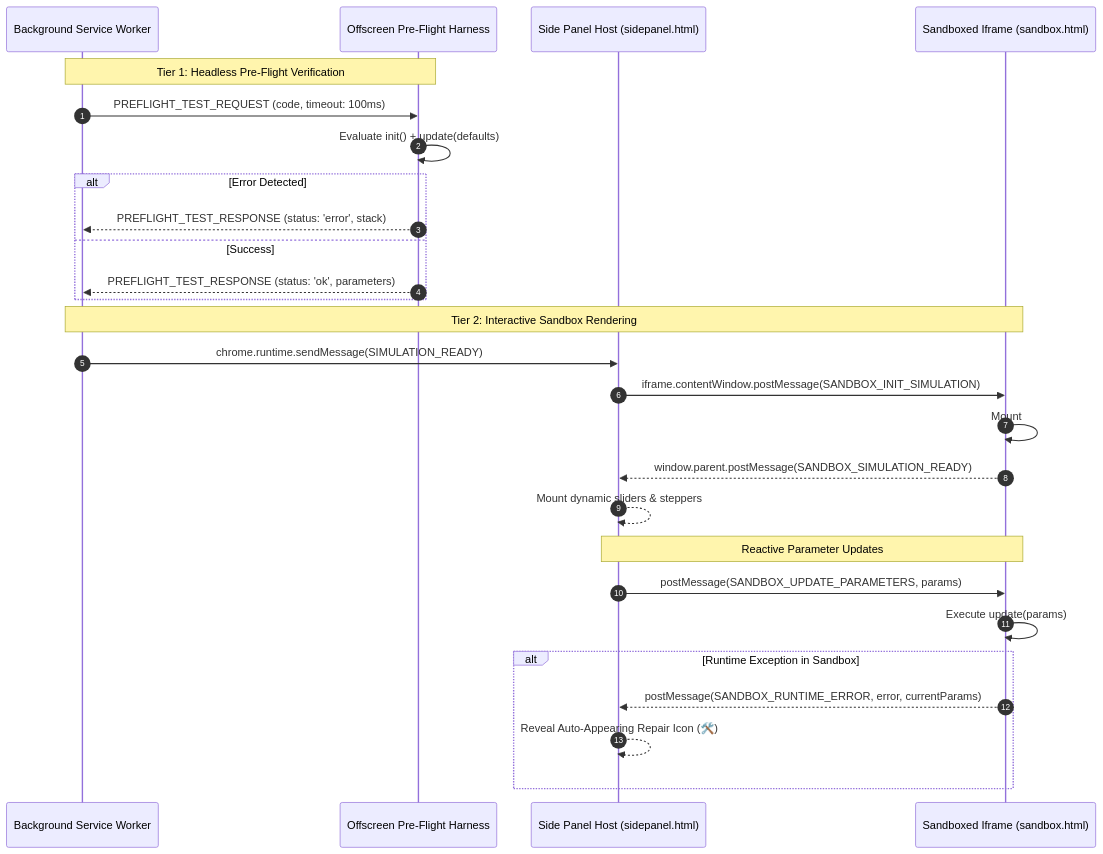
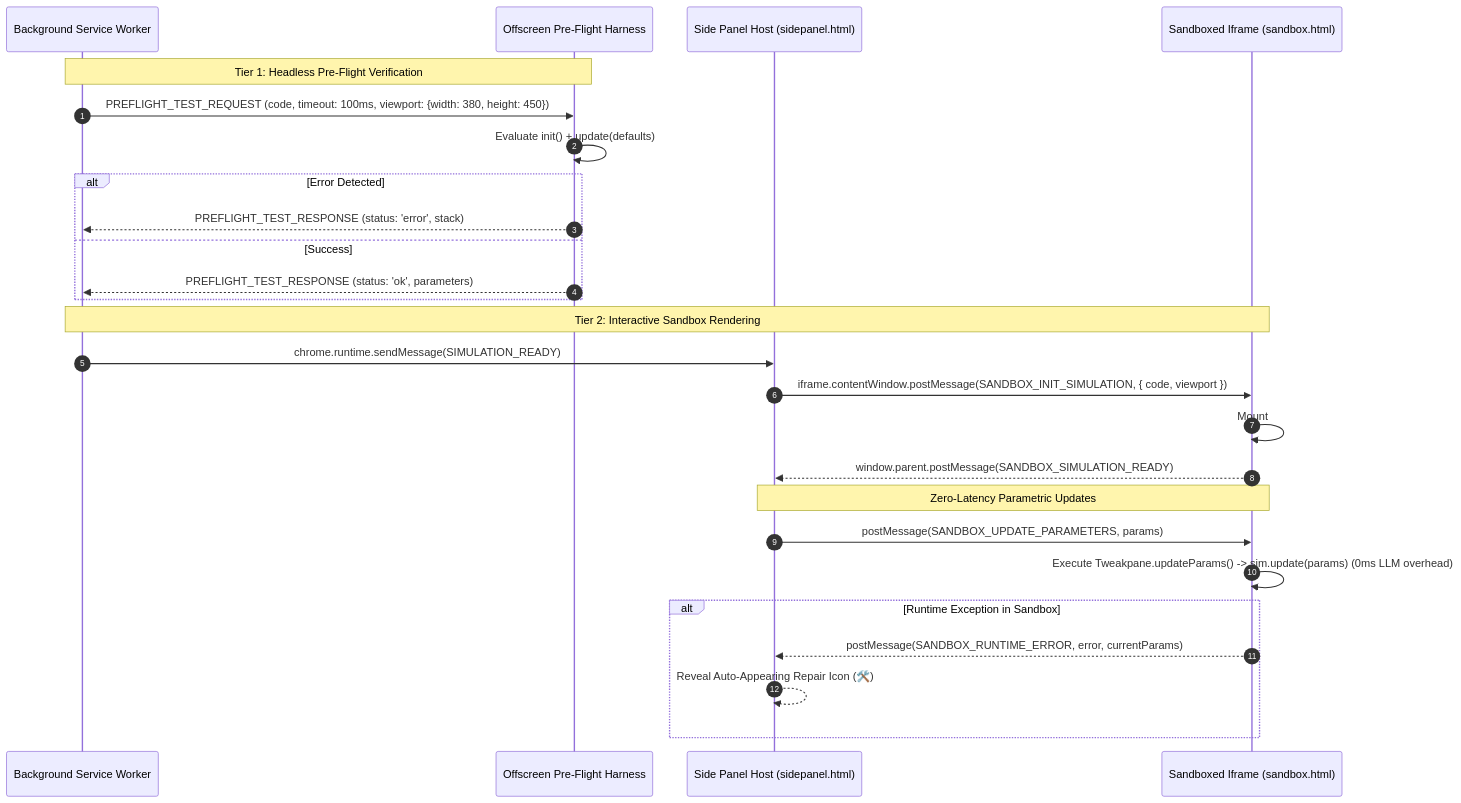
One commit to vmatrixdev/simit changed the diagram in docs/specs/sandbox_ipc.md. Above: the diagram before and after it, drawn with Mermaid. The commit also changed other lines of this file and 11 other files, not shown here.

Commit message:
docs & core: align specs with consolidated architecture and add dynamic viewport injection

````diff
--- a/docs/specs/sandbox_ipc.md
+++ b/docs/specs/sandbox_ipc.md
@@ -19,33 +19,32 @@
 ```mermaid
 sequenceDiagram
     autonumber
     participant SW as Background Service Worker
     participant Offscreen as Offscreen Pre-Flight Harness
     participant Host as Side Panel Host (sidepanel.html)
     participant Sandbox as Sandboxed Iframe (sandbox.html)
 
     Note over SW,Offscreen: Tier 1: Headless Pre-Flight Verification
-    SW->>Offscreen: PREFLIGHT_TEST_REQUEST (code, timeout: 100ms)
+    SW->>Offscreen: PREFLIGHT_TEST_REQUEST (code, timeout: 100ms, viewport: {width: 380, height: 450})
     Offscreen->>Offscreen: Evaluate init() + update(defaults)
     alt Error Detected
         Offscreen-->>SW: PREFLIGHT_TEST_RESPONSE (status: 'error', stack)
     else Success
         Offscreen-->>SW: PREFLIGHT_TEST_RESPONSE (status: 'ok', parameters)
     end
 
     Note over SW,Sandbox: Tier 2: Interactive Sandbox Rendering
     SW->>Host: chrome.runtime.sendMessage(SIMULATION_READY)
-    Host->>Sandbox: iframe.contentWindow.postMessage(SANDBOX_INIT_SIMULATION)
-    Sandbox->>Sandbox: Mount #sim-root, execute init()
+    Host->>Sandbox: iframe.contentWindow.postMessage(SANDBOX_INIT_SIMULATION, { code, viewport })
+    Sandbox->>Sandbox: Mount #sim-root, init Tweakpane & Declarative Libraries
     Sandbox-->>Host: window.parent.postMessage(SANDBOX_SIMULATION_READY)
-    Host-->>Host: Mount dynamic sliders & steppers
 
-    Note over Host,Sandbox: Reactive Parameter Updates
+    Note over Host,Sandbox: Zero-Latency Parametric Updates
     Host->>Sandbox: postMessage(SANDBOX_UPDATE_PARAMETERS, params)
-    Sandbox->>Sandbox: Execute update(params)
+    Sandbox->>Sandbox: Execute Tweakpane.updateParams() -> sim.update(params) (0ms LLM overhead)
     
     alt Runtime Exception in Sandbox
         Sandbox-->>Host: postMessage(SANDBOX_RUNTIME_ERROR, error, currentParams)
         Host-->>Host: Reveal Auto-Appearing Repair Icon (🛠️)
     end
 ```
````
